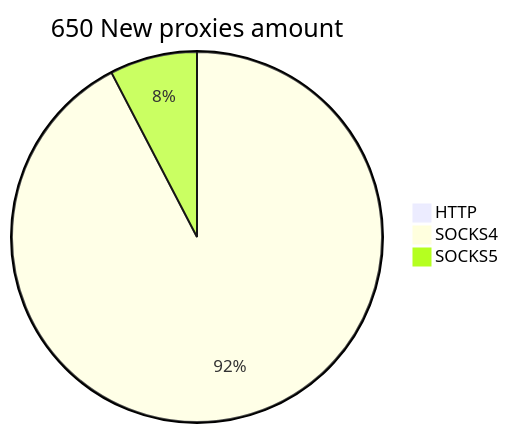
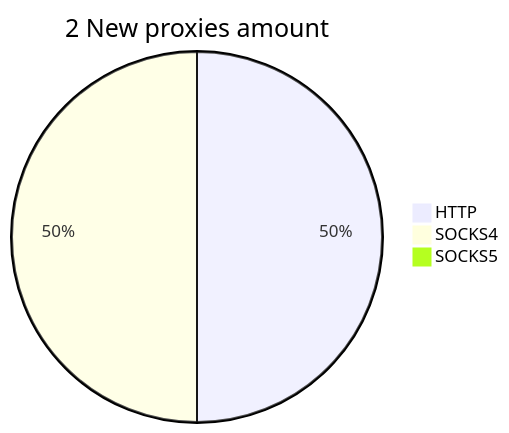
The second of 2 diagrams in README.md (cutipu/proxylist), drawn with Mermaid before and after one commit. The commit also changed other lines of this file, not shown here.

````diff
--- a/README.md
+++ b/README.md
@@ -10,6 +10,6 @@
 ```mermaid
-pie title 650 New proxies amount
-    "HTTP" : 0
-    "SOCKS4" : 617
-    "SOCKS5" : 51
+pie title 2 New proxies amount
+    "HTTP" : 1
+    "SOCKS4" : 1
+    "SOCKS5" : 0
 ```
````
